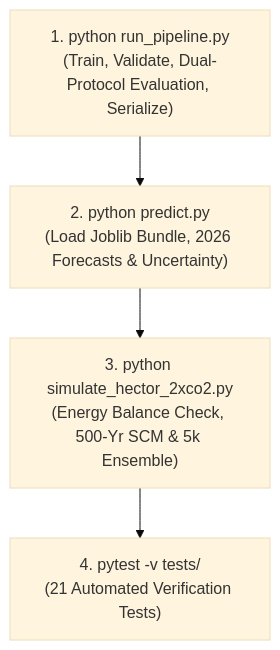
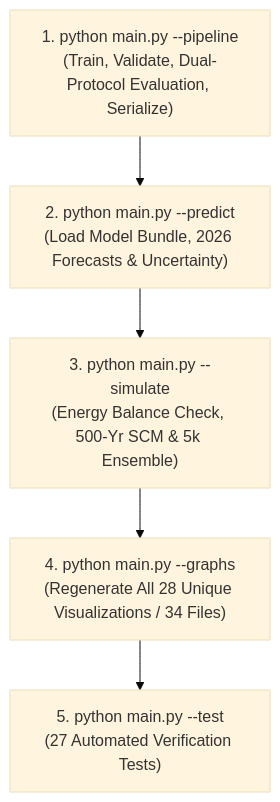
Before and after one commit to Tharunnagabramhagna/climate-sensitivity-ml: the diagram in REPRODUCIBILITY_GUIDE.md, drawn with Mermaid (base theme). The commit also changed other lines of this file and 38 other files, not shown here.

````diff
--- a/REPRODUCIBILITY_GUIDE.md
+++ b/REPRODUCIBILITY_GUIDE.md
@@ -56,9 +76,10 @@
 ```mermaid
 flowchart TD
-    S1["1. python run_pipeline.py\n(Train, Validate, Dual-Protocol Evaluation, Serialize)"]
-    S2["2. python predict.py\n(Load Joblib Bundle, 2026 Forecasts & Uncertainty)"]
-    S3["3. python simulate_hector_2xco2.py\n(Energy Balance Check, 500-Yr SCM & 5k Ensemble)"]
-    S4["4. pytest -v tests/\n(21 Automated Verification Tests)"]
+    S1["1. python main.py --pipeline\n(Train, Validate, Dual-Protocol Evaluation, Serialize)"]
+    S2["2. python main.py --predict\n(Load Model Bundle, 2026 Forecasts & Uncertainty)"]
+    S3["3. python main.py --simulate\n(Energy Balance Check, 500-Yr SCM & 5k Ensemble)"]
+    S4["4. python main.py --graphs\n(Regenerate All 28 Unique Visualizations / 34 Files)"]
+    S5["5. python main.py --test\n(27 Automated Verification Tests)"]
 
-    S1 --> S2 --> S3 --> S4
+    S1 --> S2 --> S3 --> S4 --> S5
 ```
````
